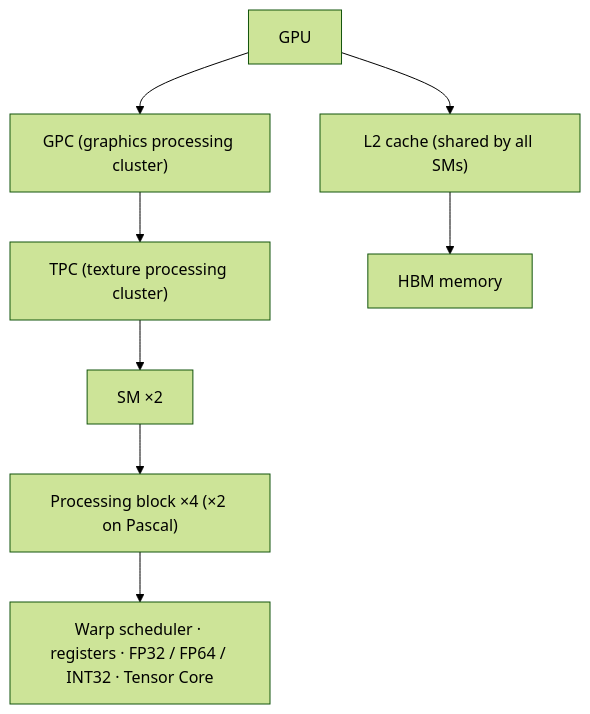
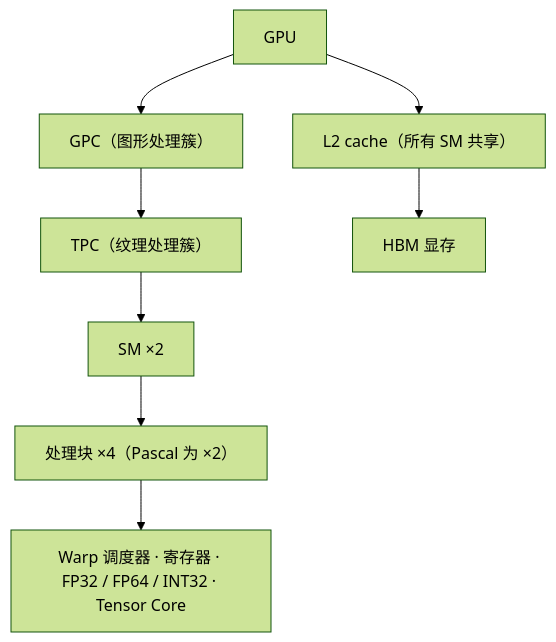
Before and after one commit to lxy-alexander/VoidIndex: the eighth of 13 diagrams in src/content/posts/nvidia-gpu-architectures.md, drawn with Mermaid (forest theme). The commit also changed other lines of this file and 4 other files, not shown here.

````diff
--- a/src/content/posts/nvidia-gpu-architectures.md
+++ b/src/content/posts/nvidia-gpu-architectures.md
@@ -126,10 +126,10 @@
 ```mermaid
 flowchart TB
-  GPU["GPU"] --> GPC["GPC (graphics processing cluster)"]
-  GPC --> TPC["TPC (texture processing cluster)"]
+  GPU["GPU"] --> GPC["GPC（图形处理簇）"]
+  GPC --> TPC["TPC（纹理处理簇）"]
   TPC --> SM["SM ×2"]
-  SM --> PB["Processing block ×4 (×2 on Pascal)"]
-  PB --> U["Warp scheduler · registers · FP32 / FP64 / INT32 · Tensor Core"]
-  GPU --> L2["L2 cache (shared by all SMs)"]
-  L2 --> MEM["HBM memory"]
+  SM --> PB["处理块 ×4（Pascal 为 ×2）"]
+  PB --> U["Warp 调度器 · 寄存器 · FP32 / FP64 / INT32 · Tensor Core"]
+  GPU --> L2["L2 cache（所有 SM 共享）"]
+  L2 --> MEM["HBM 显存"]
 ```
````
